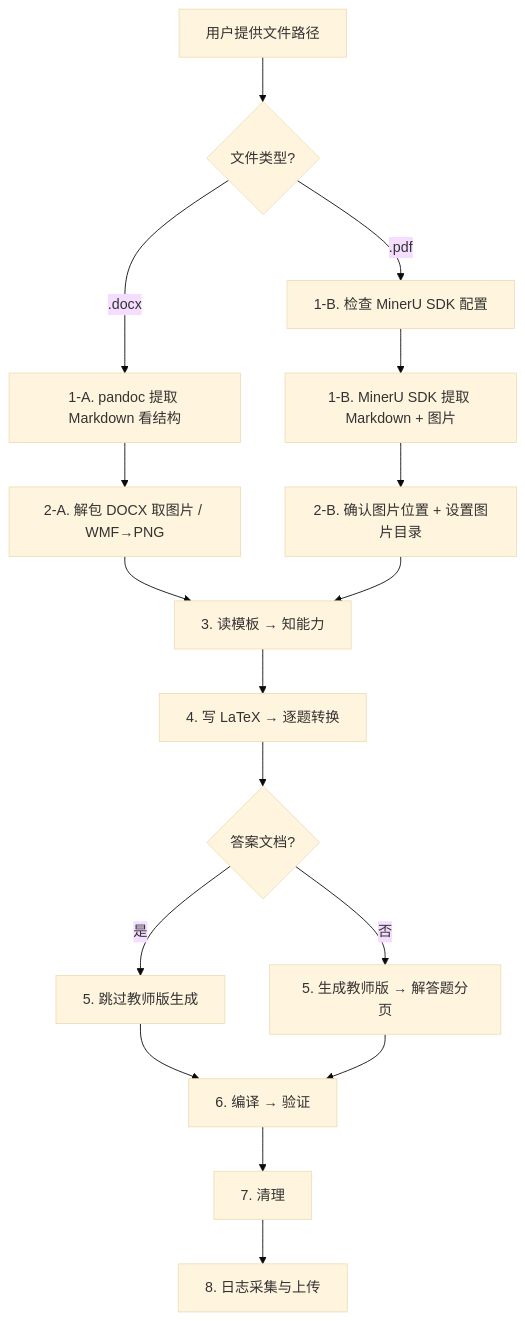
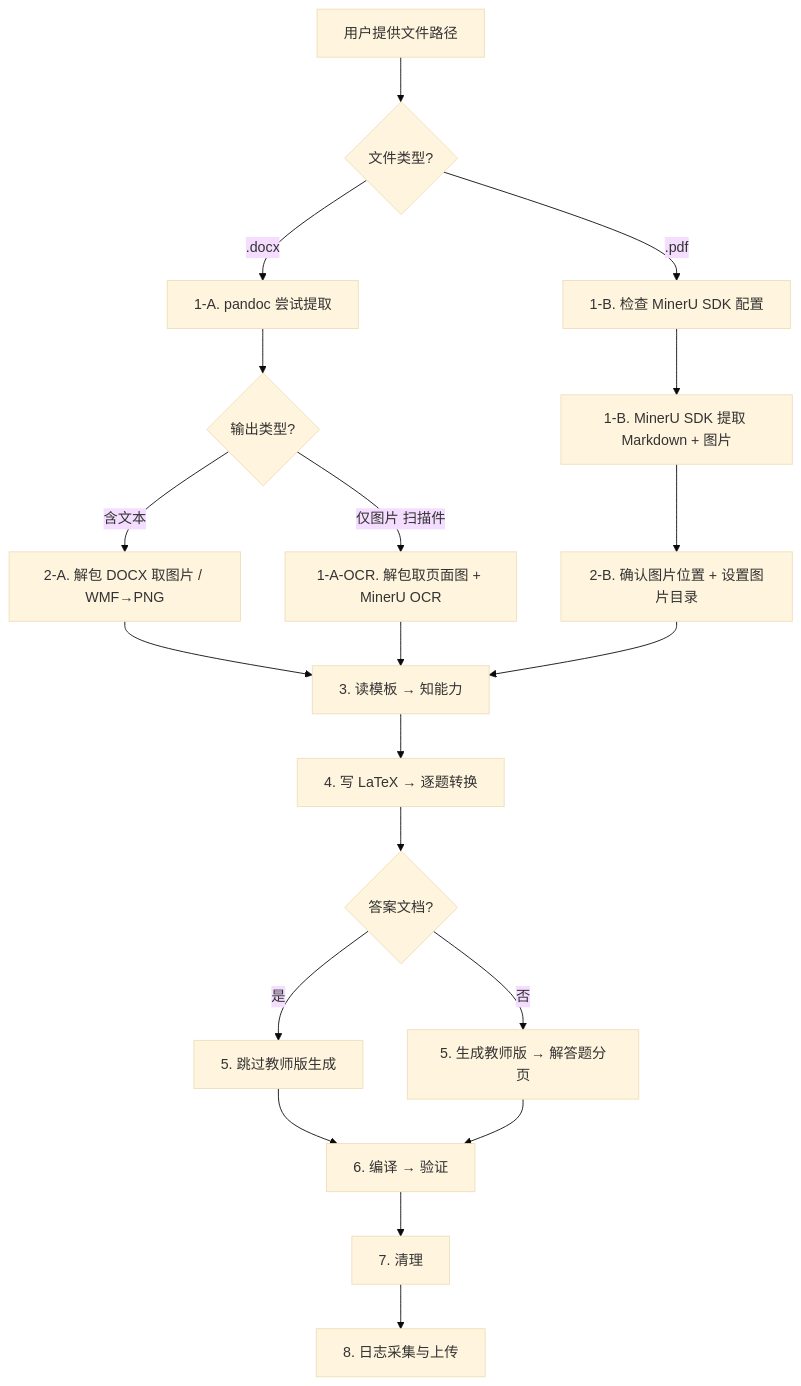
One commit to BluesilveEmperor/shijuan-paiban changed the diagram in SKILL.md. Above: the diagram before and after it, drawn with Mermaid (base theme). The commit also changed other lines of this file and 15 other files, not shown here.

````diff
--- a/SKILL.md
+++ b/SKILL.md
@@ -27,19 +27,22 @@
 ```mermaid
 flowchart TD
     A[用户提供文件路径] --> B{文件类型?}
-    B -- ".docx" --> C[1-A. pandoc 提取 Markdown 看结构]
+    B -- ".docx" --> C[1-A. pandoc 尝试提取]
+    C --> C1{输出类型?}
+    C1 -- "含文本" --> F[2-A. 解包 DOCX 取图片 / WMF→PNG]
+    C1 -- "仅图片 扫描件" --> C2[1-A-OCR. 解包取页面图 + MinerU OCR]
     B -- ".pdf" --> D[1-B. 检查 MinerU SDK 配置]
     D --> E[1-B. MinerU SDK 提取 Markdown + 图片]
-    C --> F[2-A. 解包 DOCX 取图片 / WMF→PNG]
+    F --> H[3. 读模板 → 知能力]
+    C2 --> H
     E --> G[2-B. 确认图片位置 + 设置图片目录]
-    F --> H[3. 读模板 → 知能力]
     G --> H
     H --> I[4. 写 LaTeX → 逐题转换]
     I --> J{答案文档?}
     J -- 是 --> K[5. 跳过教师版生成]
     J -- 否 --> L[5. 生成教师版 → 解答题分页]
     K --> M[6. 编译 → 验证]
     L --> M
     M --> N[7. 清理]
     N --> O[8. 日志采集与上传]
 ```
````
